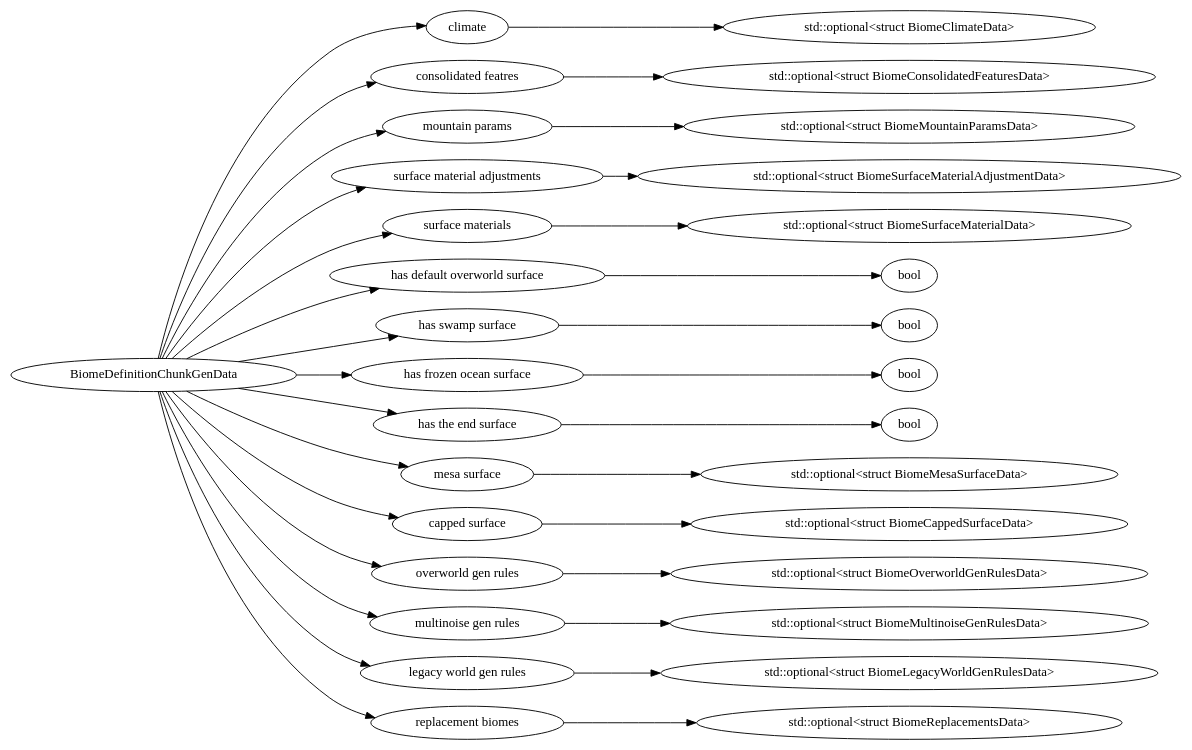
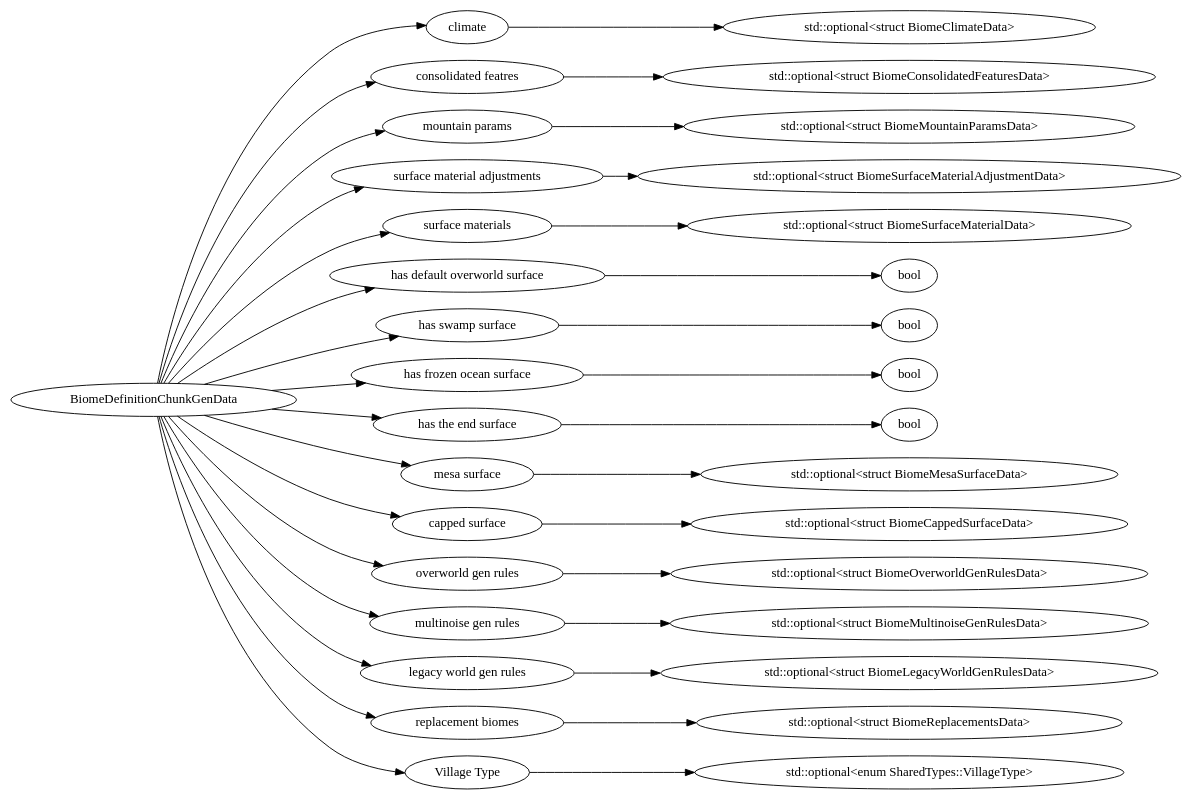
Before and after one commit to ApocalypsjeNL/bedrock-protocol-docs: the diagram in dot/BiomeDefinitionChunkGenData.dot, drawn with Graphviz. The commit also changed 604 other files, not shown here.

```diff
--- a/dot/BiomeDefinitionChunkGenData.dot
+++ b/dot/BiomeDefinitionChunkGenData.dot
@@ -1,68 +1,72 @@
 digraph "BiomeDefinitionChunkGenData" {
 rankdir = LR
 50
 50 -> 51
 51 -> 66
 50 -> 67
 67 -> 127
 50 -> 128
 128 -> 150
 50 -> 151
 151 -> 194
 50 -> 195
 195 -> 201
 50 -> 202
 202 -> 203
 50 -> 204
 204 -> 205
 50 -> 206
 206 -> 207
 50 -> 208
 208 -> 209
 50 -> 210
 210 -> 225
 50 -> 226
 226 -> 251
 50 -> 252
 252 -> 322
 50 -> 323
 323 -> 340
 50 -> 341
 341 -> 354
 50 -> 355
 355 -> 385
+50 -> 386
+386 -> 390
 
 50 [label="BiomeDefinitionChunkGenData",comment="name: \"BiomeDefinitionChunkGenData\", typeName: \"\", id: 50, branchId: 0, recurseId: -1, attributes: 0, notes: \"\""];
 51 [label="climate",comment="name: \"climate\", typeName: \"std::optional<struct BiomeClimateData>\", id: 51, branchId: 0, recurseId: -1, attributes: 256, notes: \"\""];
 66 [label="std::optional<struct BiomeClimateData>",comment="name: \"std::optional<struct BiomeClimateData>\", typeName: \"\", id: 66, branchId: 0, recurseId: -1, attributes: 512, notes: \"\""];
 67 [label="consolidated featres",comment="name: \"consolidated featres\", typeName: \"std::optional<struct BiomeConsolidatedFeaturesData>\", id: 67, branchId: 0, recurseId: -1, attributes: 256, notes: \"\""];
 127 [label="std::optional<struct BiomeConsolidatedFeaturesData>",comment="name: \"std::optional<struct BiomeConsolidatedFeaturesData>\", typeName: \"\", id: 127, branchId: 0, recurseId: -1, attributes: 512, notes: \"\""];
 128 [label="mountain params",comment="name: \"mountain params\", typeName: \"std::optional<struct BiomeMountainParamsData>\", id: 128, branchId: 0, recurseId: -1, attributes: 256, notes: \"\""];
 150 [label="std::optional<struct BiomeMountainParamsData>",comment="name: \"std::optional<struct BiomeMountainParamsData>\", typeName: \"\", id: 150, branchId: 0, recurseId: -1, attributes: 512, notes: \"\""];
 151 [label="surface material adjustments",comment="name: \"surface material adjustments\", typeName: \"std::optional<struct BiomeSurfaceMaterialAdjustmentData>\", id: 151, branchId: 0, recurseId: -1, attributes: 256, notes: \"\""];
 194 [label="std::optional<struct BiomeSurfaceMaterialAdjustmentData>",comment="name: \"std::optional<struct BiomeSurfaceMaterialAdjustmentData>\", typeName: \"\", id: 194, branchId: 0, recurseId: -1, attributes: 512, notes: \"\""];
 195 [label="surface materials",comment="name: \"surface materials\", typeName: \"std::optional<struct BiomeSurfaceMaterialData>\", id: 195, branchId: 0, recurseId: -1, attributes: 256, notes: \"\""];
 201 [label="std::optional<struct BiomeSurfaceMaterialData>",comment="name: \"std::optional<struct BiomeSurfaceMaterialData>\", typeName: \"\", id: 201, branchId: 0, recurseId: -1, attributes: 512, notes: \"\""];
 202 [label="has default overworld surface",comment="name: \"has default overworld surface\", typeName: \"\", id: 202, branchId: 0, recurseId: -1, attributes: 0, notes: \"\""];
 203 [label="bool",comment="name: \"bool\", typeName: \"\", id: 203, branchId: 0, recurseId: -1, attributes: 512, notes: \"\""];
 204 [label="has swamp surface",comment="name: \"has swamp surface\", typeName: \"\", id: 204, branchId: 0, recurseId: -1, attributes: 0, notes: \"\""];
 205 [label="bool",comment="name: \"bool\", typeName: \"\", id: 205, branchId: 0, recurseId: -1, attributes: 512, notes: \"\""];
 206 [label="has frozen ocean surface",comment="name: \"has frozen ocean surface\", typeName: \"\", id: 206, branchId: 0, recurseId: -1, attributes: 0, notes: \"\""];
 207 [label="bool",comment="name: \"bool\", typeName: \"\", id: 207, branchId: 0, recurseId: -1, attributes: 512, notes: \"\""];
 208 [label="has the end surface",comment="name: \"has the end surface\", typeName: \"\", id: 208, branchId: 0, recurseId: -1, attributes: 0, notes: \"\""];
 209 [label="bool",comment="name: \"bool\", typeName: \"\", id: 209, branchId: 0, recurseId: -1, attributes: 512, notes: \"\""];
 210 [label="mesa surface",comment="name: \"mesa surface\", typeName: \"std::optional<struct BiomeMesaSurfaceData>\", id: 210, branchId: 0, recurseId: -1, attributes: 256, notes: \"\""];
 225 [label="std::optional<struct BiomeMesaSurfaceData>",comment="name: \"std::optional<struct BiomeMesaSurfaceData>\", typeName: \"\", id: 225, branchId: 0, recurseId: -1, attributes: 512, notes: \"\""];
 226 [label="capped surface",comment="name: \"capped surface\", typeName: \"std::optional<struct BiomeCappedSurfaceData>\", id: 226, branchId: 0, recurseId: -1, attributes: 256, notes: \"\""];
 251 [label="std::optional<struct BiomeCappedSurfaceData>",comment="name: \"std::optional<struct BiomeCappedSurfaceData>\", typeName: \"\", id: 251, branchId: 0, recurseId: -1, attributes: 512, notes: \"\""];
 252 [label="overworld gen rules",comment="name: \"overworld gen rules\", typeName: \"std::optional<struct BiomeOverworldGenRulesData>\", id: 252, branchId: 0, recurseId: -1, attributes: 256, notes: \"\""];
 322 [label="std::optional<struct BiomeOverworldGenRulesData>",comment="name: \"std::optional<struct BiomeOverworldGenRulesData>\", typeName: \"\", id: 322, branchId: 0, recurseId: -1, attributes: 512, notes: \"\""];
 323 [label="multinoise gen rules",comment="name: \"multinoise gen rules\", typeName: \"std::optional<struct BiomeMultinoiseGenRulesData>\", id: 323, branchId: 0, recurseId: -1, attributes: 256, notes: \"\""];
 340 [label="std::optional<struct BiomeMultinoiseGenRulesData>",comment="name: \"std::optional<struct BiomeMultinoiseGenRulesData>\", typeName: \"\", id: 340, branchId: 0, recurseId: -1, attributes: 512, notes: \"\""];
 341 [label="legacy world gen rules",comment="name: \"legacy world gen rules\", typeName: \"std::optional<struct BiomeLegacyWorldGenRulesData>\", id: 341, branchId: 0, recurseId: -1, attributes: 256, notes: \"\""];
 354 [label="std::optional<struct BiomeLegacyWorldGenRulesData>",comment="name: \"std::optional<struct BiomeLegacyWorldGenRulesData>\", typeName: \"\", id: 354, branchId: 0, recurseId: -1, attributes: 512, notes: \"\""];
 355 [label="replacement biomes",comment="name: \"replacement biomes\", typeName: \"std::optional<struct BiomeReplacementsData>\", id: 355, branchId: 0, recurseId: -1, attributes: 256, notes: \"\""];
 385 [label="std::optional<struct BiomeReplacementsData>",comment="name: \"std::optional<struct BiomeReplacementsData>\", typeName: \"\", id: 385, branchId: 0, recurseId: -1, attributes: 512, notes: \"\""];
-{ rank = max;66;127;150;194;201;203;205;207;209;225;251;322;340;354;385}
+386 [label="Village Type",comment="name: \"Village Type\", typeName: \"std::optional<enum SharedTypes::VillageType>\", id: 386, branchId: 0, recurseId: -1, attributes: 256, notes: \"\""];
+390 [label="std::optional<enum SharedTypes::VillageType>",comment="name: \"std::optional<enum SharedTypes::VillageType>\", typeName: \"\", id: 390, branchId: 0, recurseId: -1, attributes: 512, notes: \"\""];
+{ rank = max;66;127;150;194;201;203;205;207;209;225;251;322;340;354;385;390}
 
 }
```
